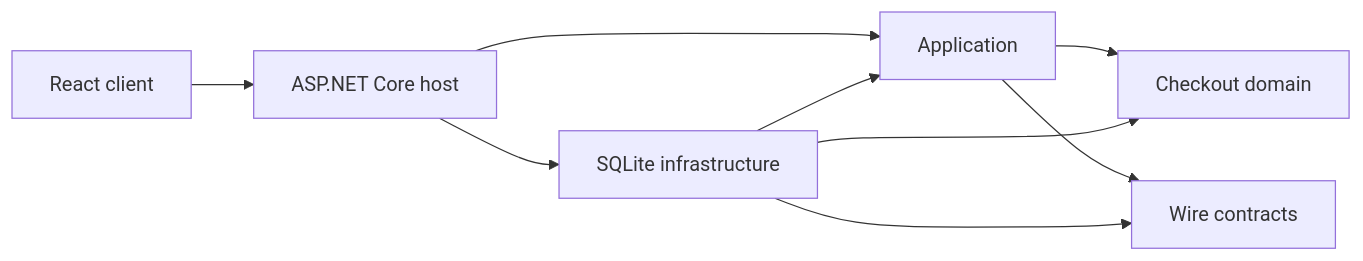
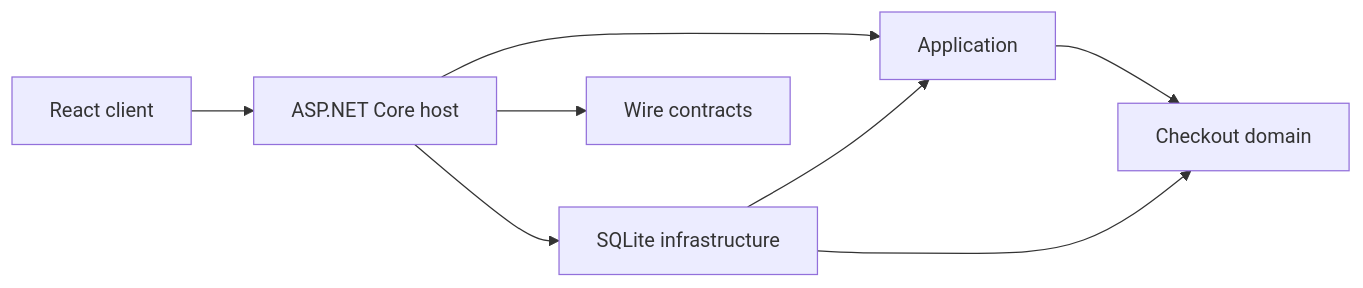
The diagram in README.md (FirasAyari/self-service-checkout), drawn with Mermaid before and after one commit. The commit also changed other lines of this file and 25 other files, not shown here.

````diff
--- a/README.md
+++ b/README.md
@@ -118,11 +120,10 @@
 ```mermaid
 flowchart LR
   Browser[React client] --> Host[ASP.NET Core host]
   Host --> App[Application]
   Host --> Infra[SQLite infrastructure]
   App --> Domain[Checkout domain]
-  App --> Contracts[Wire contracts]
+  Host --> Contracts[Wire contracts]
   Infra --> App
   Infra --> Domain
-  Infra --> Contracts
 ```
````
